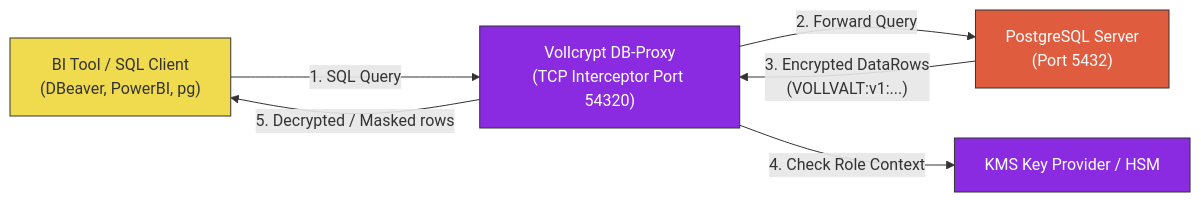
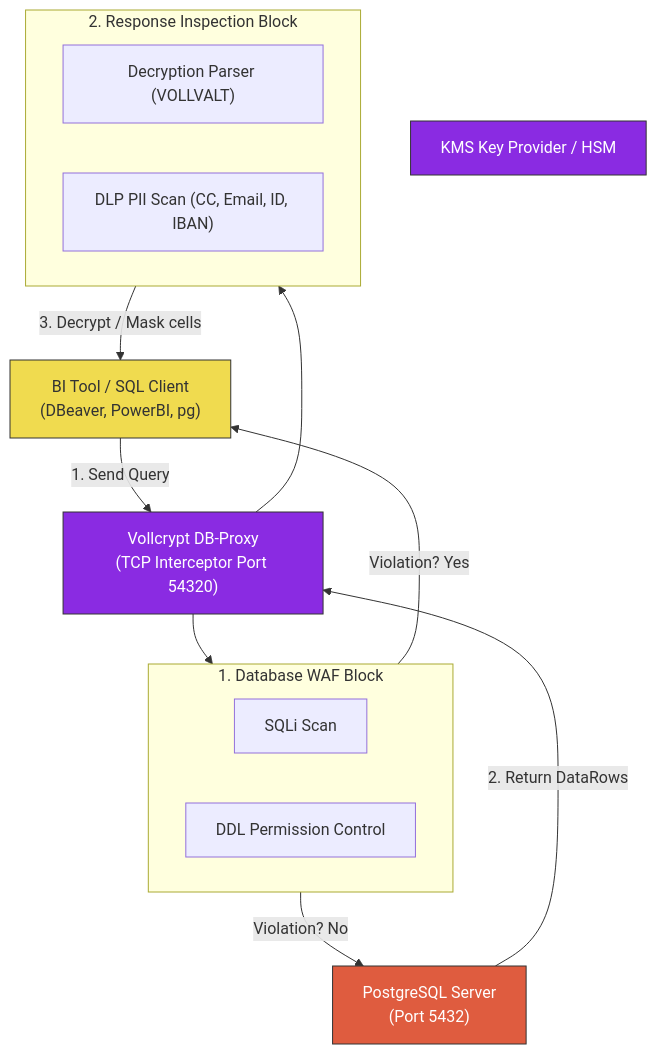
Before and after one commit to BeratVural/vollcrypt: the diagram in README-db-proxy.md, drawn with Mermaid. The commit also changed other lines of this file and 18 other files, not shown here.

First line of the commit message:
feat(proxy): Implement WAF for SQL injection and DDL command protection

````diff
--- a/README-db-proxy.md
+++ b/README-db-proxy.md
@@ -22,17 +23,29 @@
 ```mermaid
-graph LR
+graph TD
     classDef client fill:#f0db4f,stroke:#333,stroke-width:1px,color:#333;
     classDef proxy fill:#8A2BE2,stroke:#333,stroke-width:1px,color:#fff;
     classDef db fill:#df5c3f,stroke:#333,stroke-width:1px,color:#fff;
 
     client_app["BI Tool / SQL Client<br>(DBeaver, PowerBI, pg)"]:::client
     db_proxy["Vollcrypt DB-Proxy<br>(TCP Interceptor Port 54320)"]:::proxy
     postgres_db["PostgreSQL Server<br>(Port 5432)"]:::db
     kms_service["KMS Key Provider / HSM"]:::proxy
 
-    client_app -- "1. SQL Query" --> db_proxy
-    db_proxy -- "2. Forward Query" --> postgres_db
-    postgres_db -- "3. Encrypted DataRows<br>(VOLLVALT:v1:...)" --> db_proxy
-    db_proxy -- "4. Check Role Context" --> kms_service
-    db_proxy -- "5. Decrypted / Masked rows" --> client_app
+    subgraph WAF ["1. Database WAF Block"]
+        check_sqli["SQLi Scan"]
+        check_ddl["DDL Permission Control"]
+    end
+
+    subgraph DLP ["2. Response Inspection Block"]
+        check_crypt["Decryption Parser (VOLLVALT)"]
+        check_pii["DLP PII Scan (CC, Email, ID, IBAN)"]
+    end
+
+    client_app -- "1. Send Query" --> db_proxy
+    db_proxy --> WAF
+    WAF -- "Violation? Yes" --> client_app
+    WAF -- "Violation? No" --> postgres_db
+    postgres_db -- "2. Return DataRows" --> db_proxy
+    db_proxy --> DLP
+    DLP -- "3. Decrypt / Mask cells" --> client_app
 ```
````
